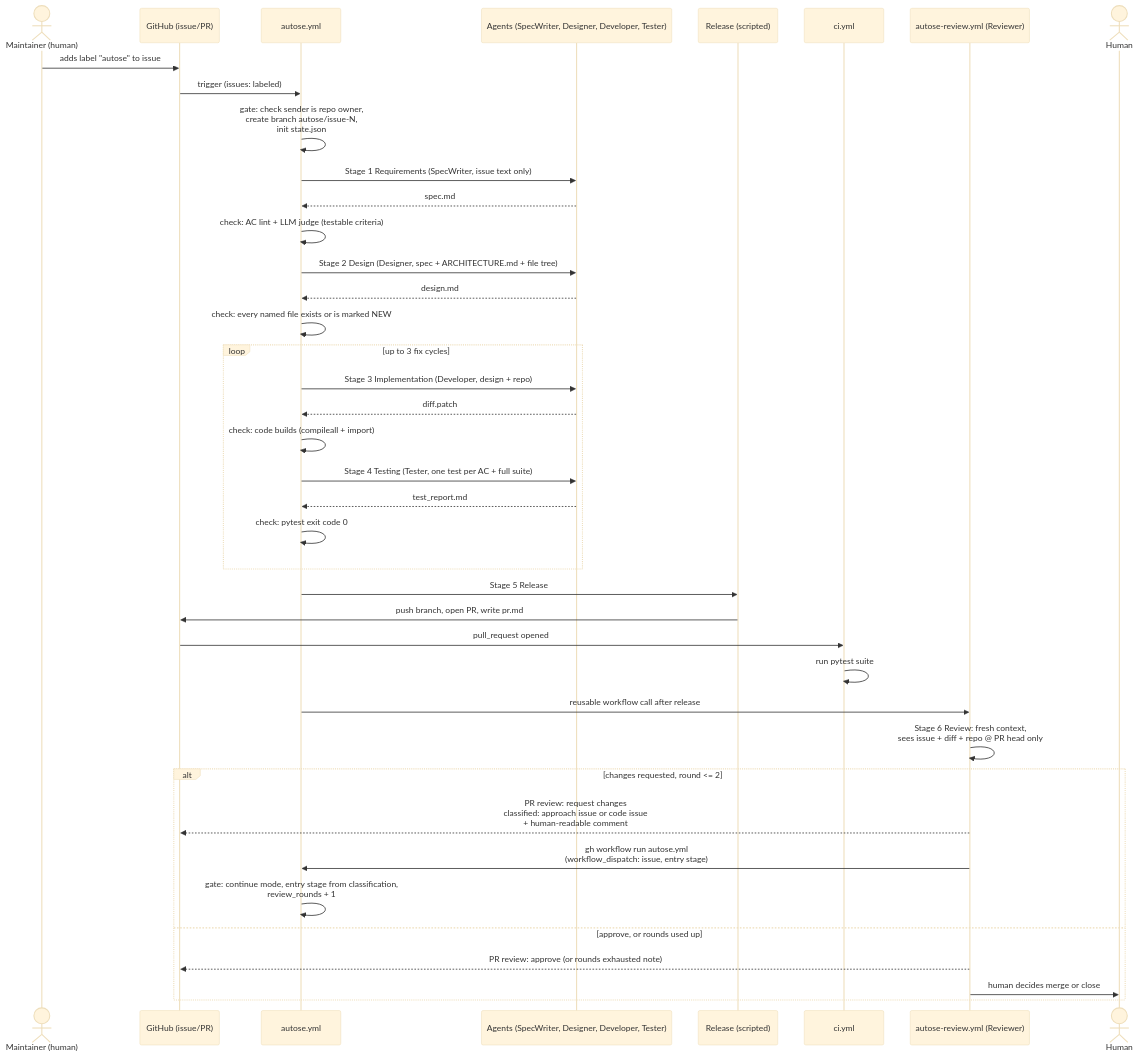
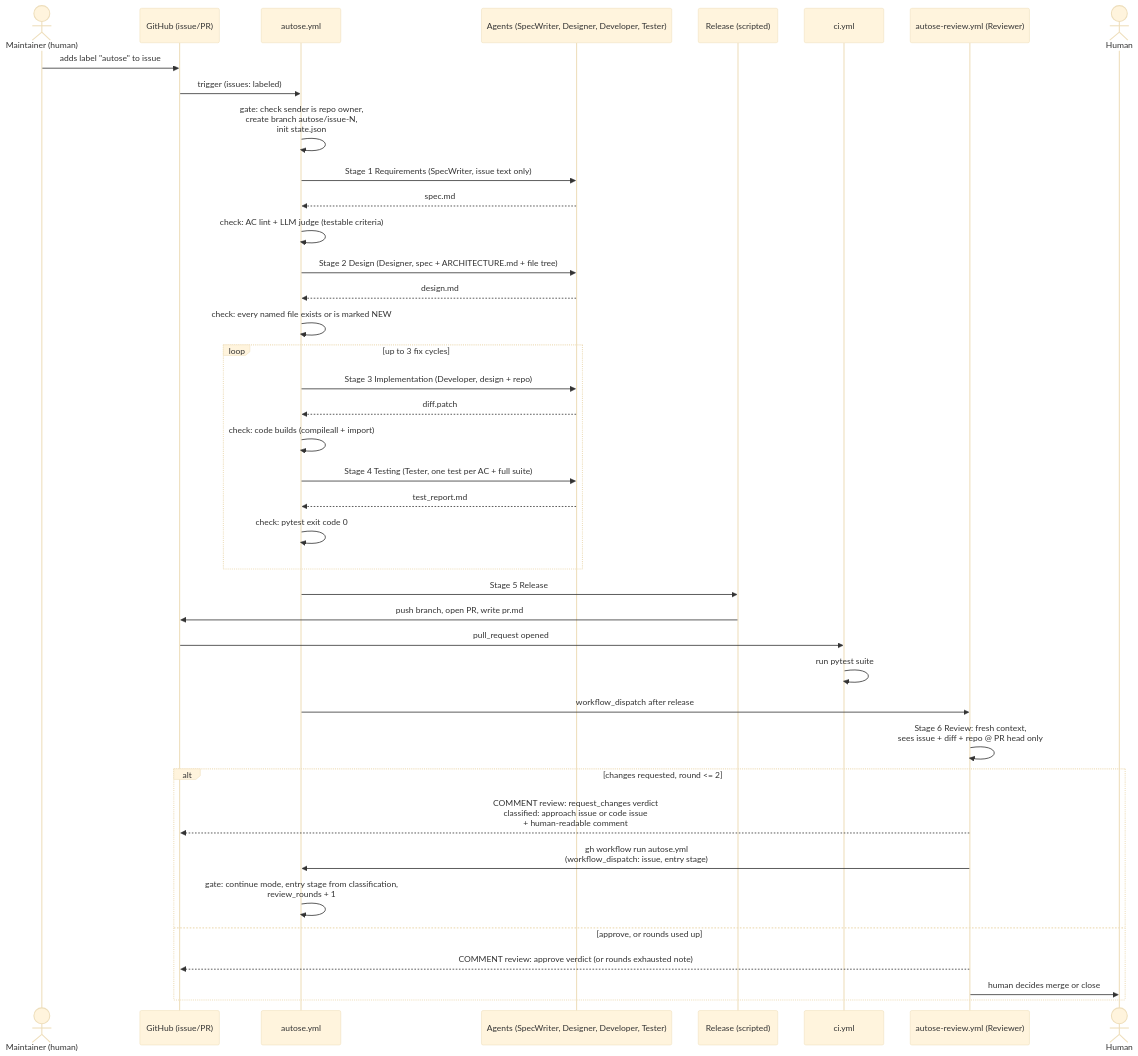
Before and after one commit to panemchaitanya/AutoSE_A3: the diagram in architecture/views/sequence-view.md, drawn with Mermaid (base theme). The commit also changed other lines of this file and 4 other files, not shown here.

````diff
--- a/architecture/views/sequence-view.md
+++ b/architecture/views/sequence-view.md
@@ -7,43 +7,43 @@
 ```mermaid
 sequenceDiagram
     actor M as Maintainer (human)
     participant GH as GitHub (issue/PR)
     participant W as autose.yml
     participant AG as Agents (SpecWriter, Designer, Developer, Tester)
     participant R as Release (scripted)
     participant CI as ci.yml
     participant V as autose-review.yml (Reviewer)
     actor H as Human
 
     M->>GH: adds label "autose" to issue #N
     GH->>W: trigger (issues: labeled)
     W->>W: gate: check sender is repo owner,<br/>create branch autose/issue-N,<br/>init state.json
     W->>AG: Stage 1 Requirements (SpecWriter, issue text only)
     AG-->>W: spec.md
     W->>W: check: AC lint + LLM judge (testable criteria)
     W->>AG: Stage 2 Design (Designer, spec + ARCHITECTURE.md + file tree)
     AG-->>W: design.md
     W->>W: check: every named file exists or is marked NEW
     loop up to 3 fix cycles
         W->>AG: Stage 3 Implementation (Developer, design + repo)
         AG-->>W: diff.patch
         W->>W: check: code builds (compileall + import)
         W->>AG: Stage 4 Testing (Tester, one test per AC + full suite)
         AG-->>W: test_report.md
         W->>W: check: pytest exit code 0
     end
     W->>R: Stage 5 Release
     R->>GH: push branch, open PR, write pr.md
     GH->>CI: pull_request opened
     CI->>CI: run pytest suite
-    W->>V: reusable workflow call after release
+    W->>V: workflow_dispatch after release
     V->>V: Stage 6 Review: fresh context,<br/>sees issue + diff + repo @ PR head only
     alt changes requested, round <= 2
-        V-->>GH: PR review: request changes<br/>classified: approach issue or code issue<br/>+ human-readable comment
+        V-->>GH: COMMENT review: request_changes verdict<br/>classified: approach issue or code issue<br/>+ human-readable comment
         V->>W: gh workflow run autose.yml<br/>(workflow_dispatch: issue, entry stage)
         W->>W: gate: continue mode, entry stage from classification,<br/>review_rounds + 1
     else approve, or rounds used up
-        V-->>GH: PR review: approve (or rounds exhausted note)
+        V-->>GH: COMMENT review: approve verdict (or rounds exhausted note)
         V->>H: human decides merge or close
     end
 ```
````
